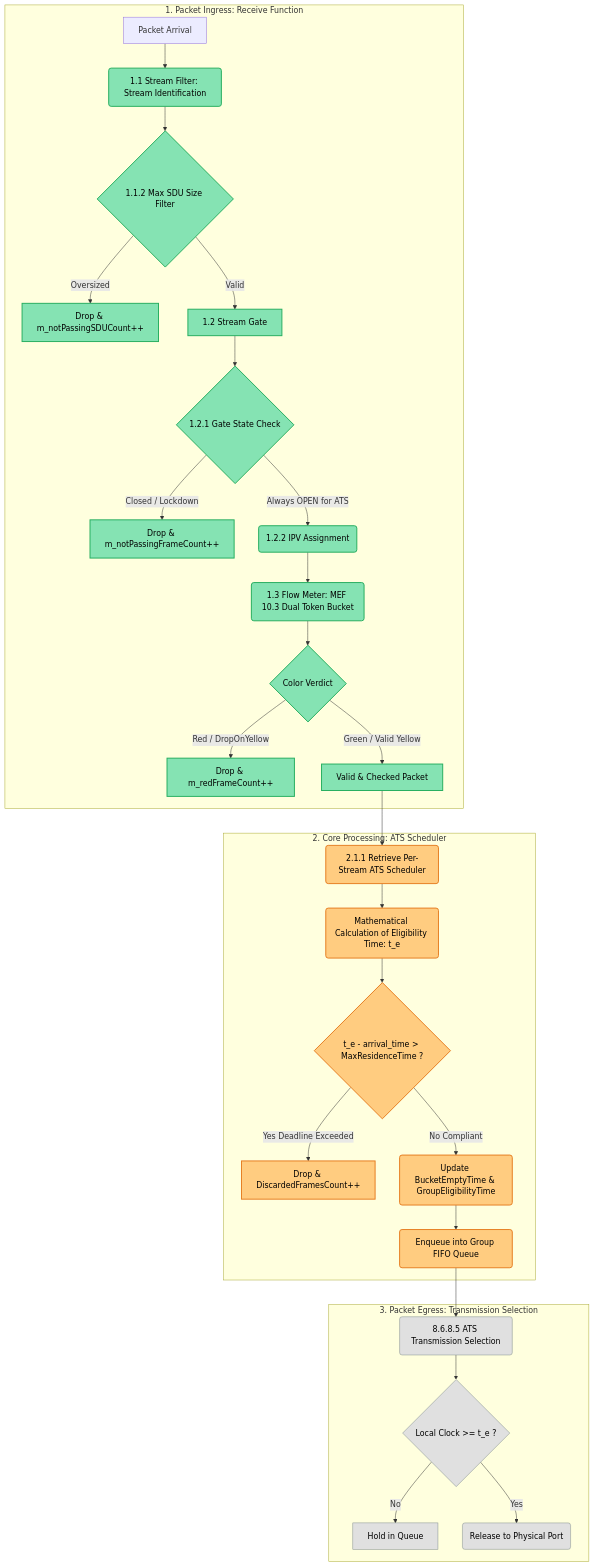
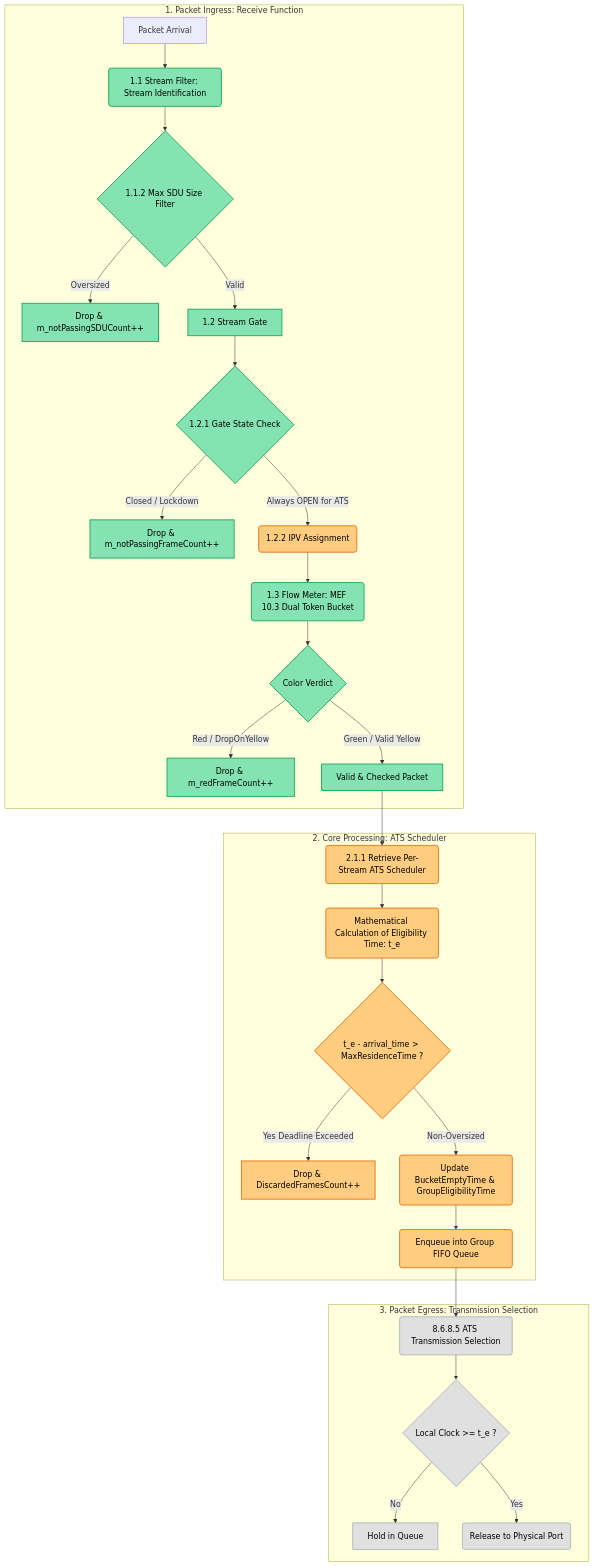
Before and after one commit to athos0x10/ns3-tsn-ats: the diagram in docs/02-ats-amendments.md, drawn with Mermaid.

Commit message:
fix: fix d'avant

````diff
--- a/docs/02-ats-amendments.md
+++ b/docs/02-ats-amendments.md
@@ -175,42 +175,42 @@
 ```mermaid
 graph TD
     %% Style for project advancement state
     classDef done fill:#85e3b3,stroke:#27ae60,stroke-width:2px,color:#000;
     classDef todo fill:#ffcc80,stroke:#e67e22,stroke-width:2px,color:#000;
     classDef global fill:#e0e0e0,stroke:#7f8c8d,stroke-width:1px,color:#000;
 
     subgraph INGRESS [1. Packet Ingress: Receive Function]
         A[Packet Arrival] --> B(1.1 Stream Filter: Stream Identification)
         B --> C{1.1.2 Max SDU Size Filter}
         C -- Oversized --> Drop1[Drop & m_notPassingSDUCount++]
         C -- Valid --> D[1.2 Stream Gate]
         D --> E{1.2.1 Gate State Check}
         E -- Closed / Lockdown --> Drop2[Drop & m_notPassingFrameCount++]
         E -- Always OPEN for ATS --> F(1.2.2 IPV Assignment)
         F --> G(1.3 Flow Meter: MEF 10.3 Dual Token Bucket)
         G --> H{Color Verdict}
         H -- Red / DropOnYellow --> Drop3[Drop & m_redFrameCount++]
         H -- Green / Valid Yellow --> I[Valid & Checked Packet]
     end
 
     subgraph ATS_BLOCK [2. Core Processing: ATS Scheduler]
         I --> J(2.1.1 Retrieve Per-Stream ATS Scheduler)
         J --> K(Mathematical Calculation of Eligibility Time: t_e)
         K --> L{t_e - arrival_time > MaxResidenceTime ?}
         L -- Yes Deadline Exceeded --> Drop4[Drop & DiscardedFramesCount++]
-        L -- No Compliant --> M(Update BucketEmptyTime & GroupEligibilityTime)
+        L -- Non-Oversized --> M(Update BucketEmptyTime & GroupEligibilityTime)
         M --> N(Enqueue into Group FIFO Queue)
     end
 
     subgraph EGRESS [3. Packet Egress: Transmission Selection]
         N --> O(8.6.8.5 ATS Transmission Selection)
         O --> P{Local Clock >= t_e ?}
         P -- No --> Q[Hold in Queue]
         P -- Yes --> R(Release to Physical Port)
     end
 
     %% Class Assignment
-    class B,C,Drop1,D,E,Drop2,F,G,H,Drop3,I done;
-    class J,K,L,Drop4,M,N todo;
+    class B,C,Drop1,D,E,Drop2,G,H,Drop3,I done;
+    class F,J,K,L,Drop4,M,N todo;
     class O,P,Q,R global;
 ```
````
